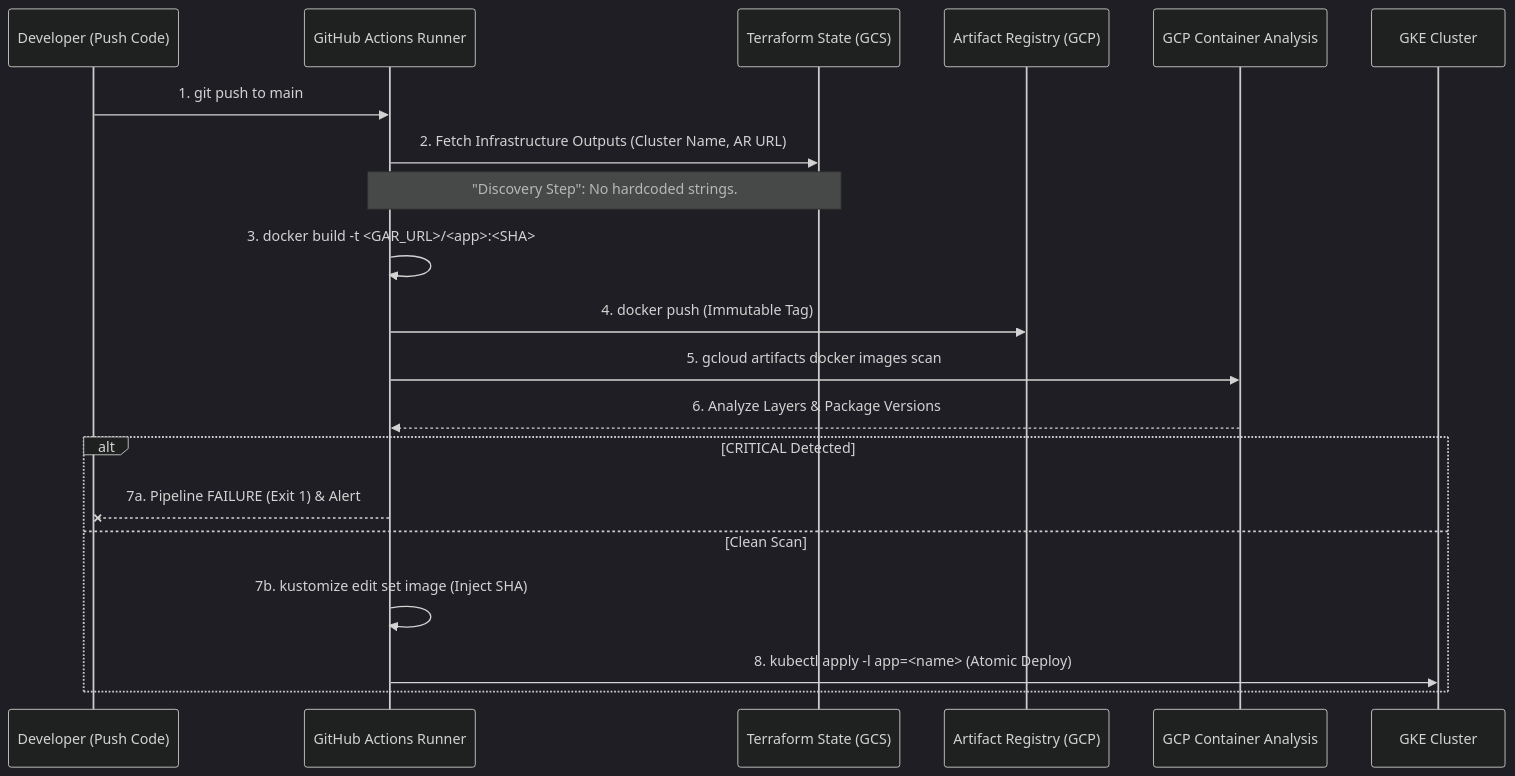
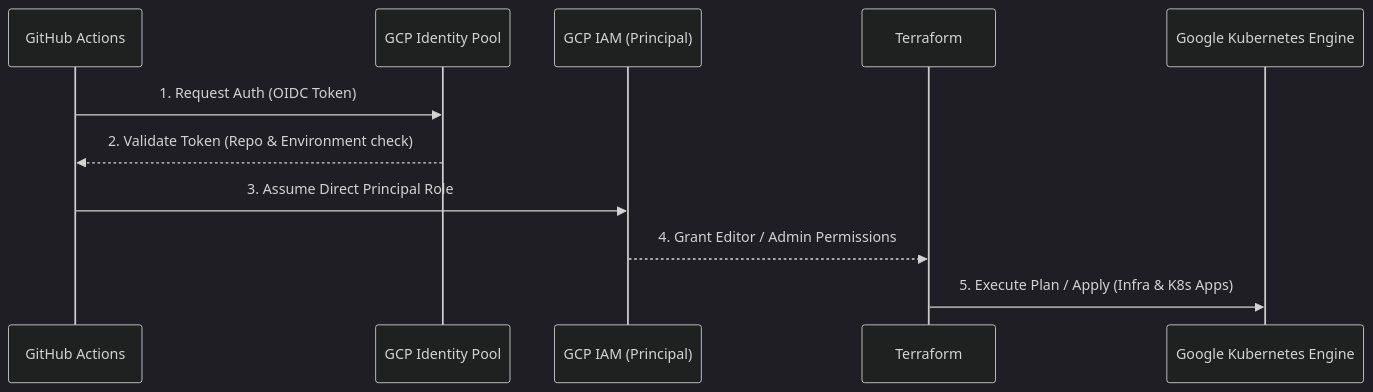
One commit to luisalclo/kubernetes-cicd changed the diagram in README.md. Above: the diagram before and after it, drawn with Mermaid (dark theme). The commit also changed other lines of this file, not shown here.

````diff
--- a/README.md
+++ b/README.md
@@ -85,24 +50,14 @@
 ```mermaid
 sequenceDiagram
-    participant Dev as Developer (Push Code)
-    participant GHA as GitHub Actions Runner
-    participant TF as Terraform State (GCS)
-    participant AR as Artifact Registry (GCP)
-    participant SCA as GCP Container Analysis
-    participant GKE as GKE Cluster
+    participant GitHub as GitHub Actions
+    participant OIDC as GCP Identity Pool
+    participant IAM as GCP IAM (Principal)
+    participant TF as Terraform
+    participant GKE as Google Kubernetes Engine
 
-    Dev->>GHA: 1. git push to main
-    GHA->>TF: 2. Fetch Infrastructure Outputs (Cluster Name, AR URL)
-    Note over GHA,TF: "Discovery Step": No hardcoded strings.
-    GHA->>GHA: 3. docker build -t <GAR_URL>/<app>:<SHA>
-    GHA->>AR: 4. docker push (Immutable Tag)
-    GHA->>SCA: 5. gcloud artifacts docker images scan
-    SCA-->>GHA: 6. Analyze Layers & Package Versions
-    
-    alt CRITICAL Detected
-        GHA--xDev: 7a. Pipeline FAILURE (Exit 1) & Alert
-    else Clean Scan
-        GHA->>GHA: 7b. kustomize edit set image (Inject SHA)
-        GHA->>GKE: 8. kubectl apply -l app=<name> (Atomic Deploy)
-    end
+    GitHub->>OIDC: 1. Request Auth (OIDC Token)
+    OIDC-->>GitHub: 2. Validate Token (Repo & Environment check)
+    GitHub->>IAM: 3. Assume Direct Principal Role
+    IAM-->>TF: 4. Grant Editor / Admin Permissions
+    TF->>GKE: 5. Execute Plan / Apply (Infra & K8s Apps)
 ```
````
